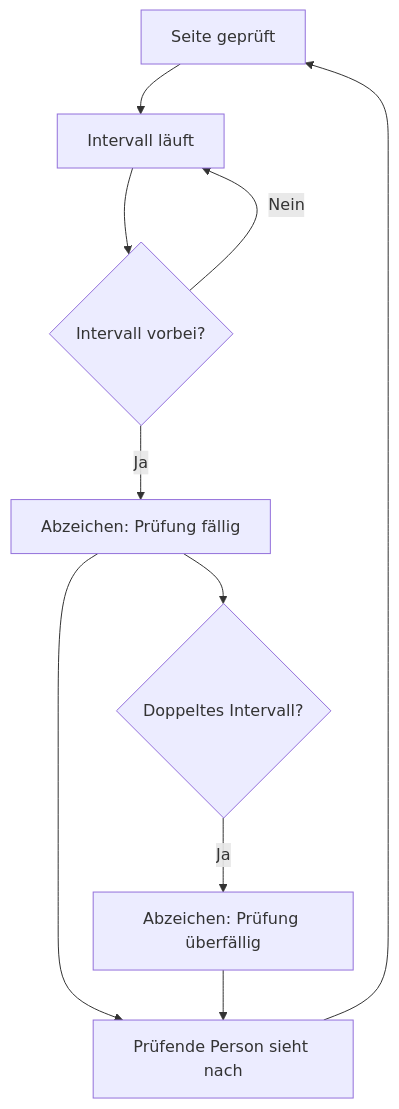
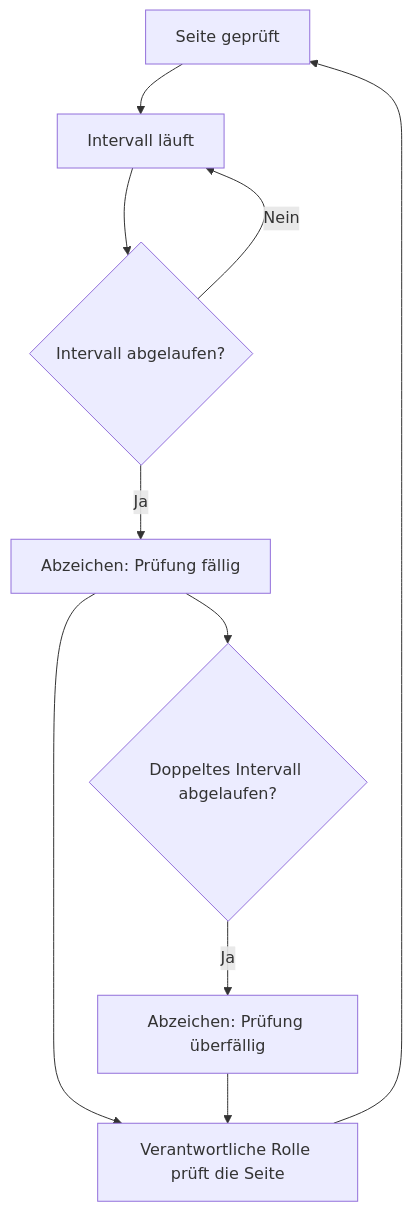
Before and after one commit to rfluethi/living-handbook: the diagram in handbuch/de/pflege/der-pruefzyklus.md, drawn with Mermaid. The commit also changed other lines of this file and 26 other files, not shown here.

````diff
--- a/handbuch/de/pflege/der-pruefzyklus.md
+++ b/handbuch/de/pflege/der-pruefzyklus.md
@@ -5,12 +19,12 @@
 ```mermaid
 graph TD;
-  A[Seite geprüft] --> B[Intervall läuft];
-  B --> C{Intervall vorbei?};
-  C -->|Nein| B;
-  C -->|Ja| D[Abzeichen: Prüfung fällig];
-  D --> E{Doppeltes Intervall?};
-  E -->|Ja| F[Abzeichen: Prüfung überfällig];
-  D --> G[Prüfende Person sieht nach];
+  A["Seite geprüft"] --> B["Intervall läuft"];
+  B --> C{"Intervall abgelaufen?"};
+  C -->|"Nein"| B;
+  C -->|"Ja"| D["Abzeichen: Prüfung fällig"];
+  D --> E{"Doppeltes Intervall abgelaufen?"};
+  E -->|"Ja"| F["Abzeichen: Prüfung überfällig"];
+  D --> G["Verantwortliche Rolle prüft die Seite"];
   F --> G;
   G --> A;
 ```
````
